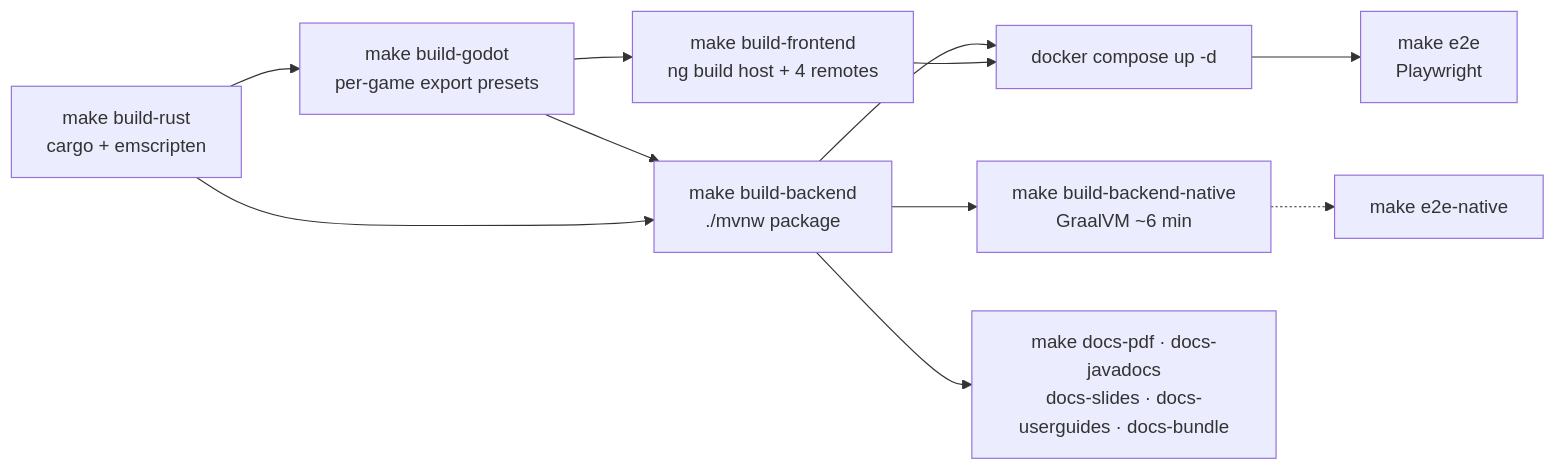
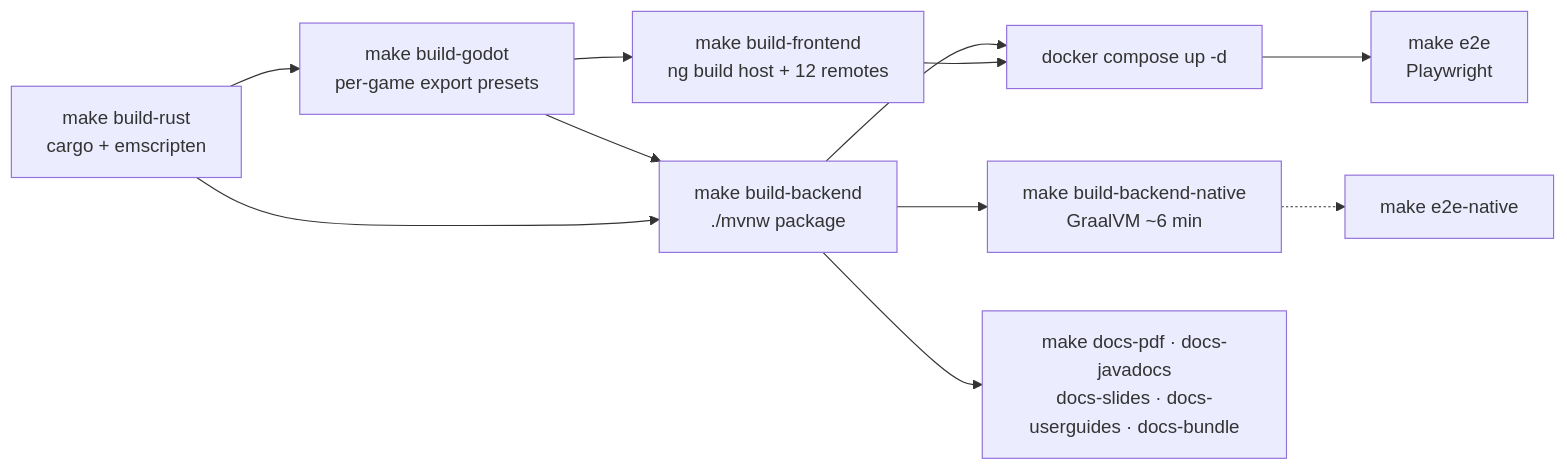
Before and after one commit to hugmesh/hugmesh-games: the diagram in docs/wiki/architecture/06-build-and-deploy.md, drawn with Mermaid. The commit also changed other lines of this file and 6 other files, not shown here.

First line of the commit message:
docs: refresh README + architecture wiki to current channel/remote reality

````diff
--- a/docs/wiki/architecture/06-build-and-deploy.md
+++ b/docs/wiki/architecture/06-build-and-deploy.md
@@ -9,13 +9,13 @@
 ```mermaid
 flowchart LR
     rust[make build-rust<br/>cargo + emscripten] --> godot[make build-godot<br/>per-game export presets]
     godot --> backend[make build-backend<br/>./mvnw package]
     rust --> backend
-    godot --> frontend[make build-frontend<br/>ng build host + 4 remotes]
+    godot --> frontend[make build-frontend<br/>ng build host + 12 remotes]
     backend --> compose[docker compose up -d]
     frontend --> compose
     backend --> native[make build-backend-native<br/>GraalVM ~6 min]
     native -.-> e2enative[make e2e-native]
     compose --> e2e[make e2e<br/>Playwright]
     backend --> docs[make docs-pdf · docs-javadocs<br/>docs-slides · docs-userguides · docs-bundle]
 ```
````
